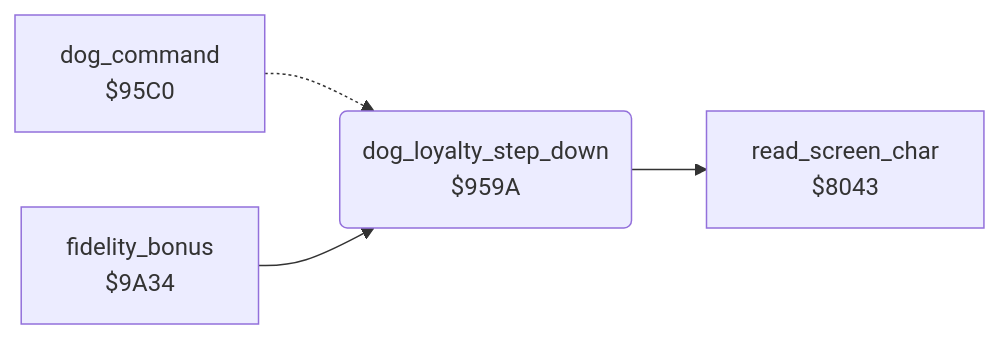
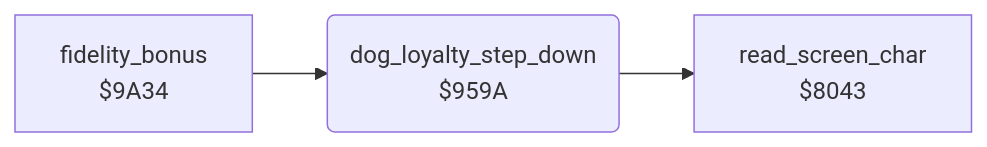
One commit to henols/c64_games changed the diagram in hover_bovver/docs/reference/modules/dog/dog_loyalty.md. Above: the diagram before and after it, drawn with Mermaid. The commit also changed other lines of this file and 1100 other files, not shown here.

````diff
--- a/hover_bovver/docs/reference/modules/dog/dog_loyalty.md
+++ b/hover_bovver/docs/reference/modules/dog/dog_loyalty.md
@@ -10,10 +16,8 @@
 ```mermaid
 flowchart LR
   n8043["read_screen_char<br/>$8043"]
   n959a("dog_loyalty_step_down<br/>$959A")
-  n95c0["dog_command<br/>$95C0"]
   n9a34["fidelity_bonus<br/>$9A34"]
   n959a --> n8043
-  n95c0 -.-> n959a
   n9a34 --> n959a
 ```
````
